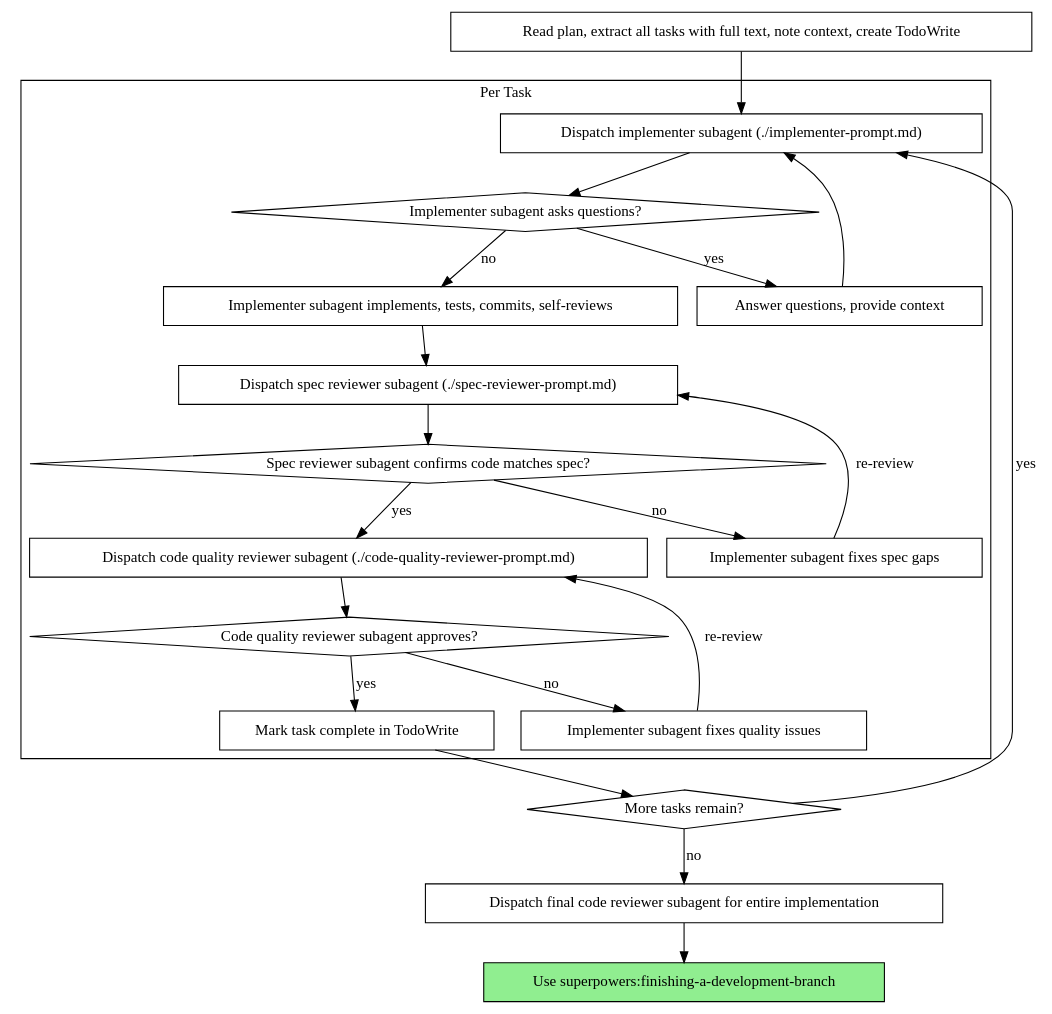
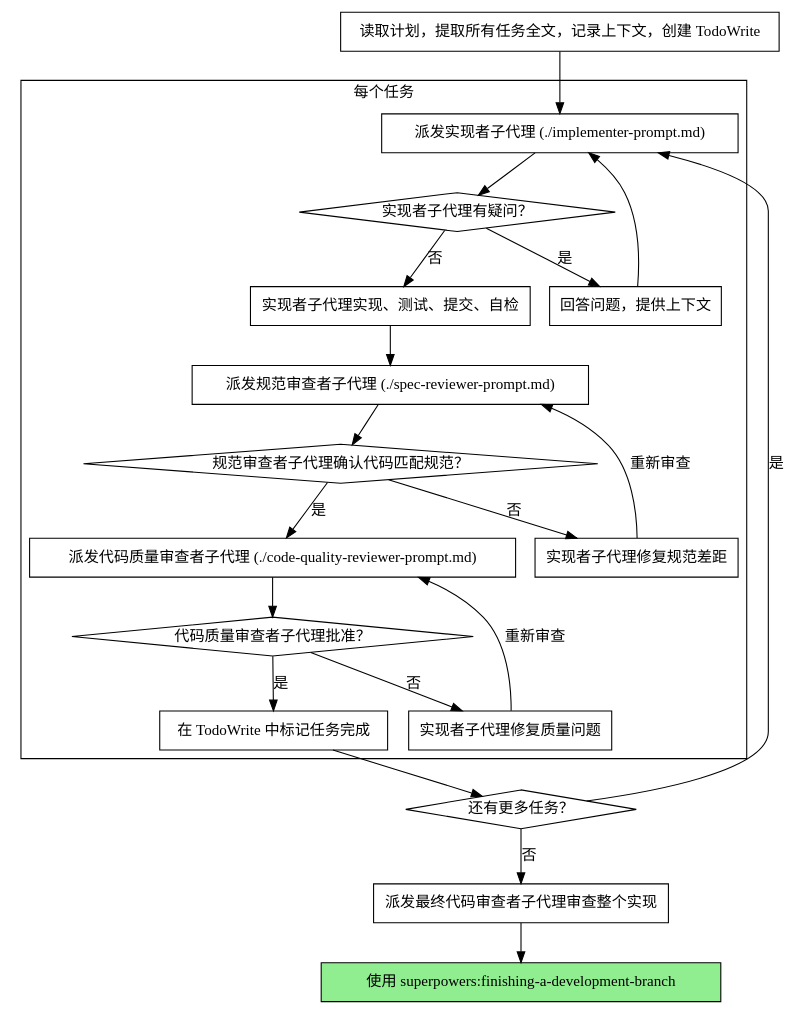
Before and after one commit to Jiraiya8/superpowers: the second of 2 diagrams in skills/subagent-driven-development/SKILL_zh.md, drawn with Graphviz. The commit also changed other lines of this file and 5 other files, not shown here.

First line of the commit message:
fix: translate digraph flowchart nodes and labels to Chinese

````diff
--- a/skills/subagent-driven-development/SKILL_zh.md
+++ b/skills/subagent-driven-development/SKILL_zh.md
@@ -42,44 +42,44 @@
 ```dot
 digraph process {
     rankdir=TB;
 
     subgraph cluster_per_task {
-        label="Per Task";
-        "Dispatch implementer subagent (./implementer-prompt.md)" [shape=box];
-        "Implementer subagent asks questions?" [shape=diamond];
-        "Answer questions, provide context" [shape=box];
-        "Implementer subagent implements, tests, commits, self-reviews" [shape=box];
-        "Dispatch spec reviewer subagent (./spec-reviewer-prompt.md)" [shape=box];
-        "Spec reviewer subagent confirms code matches spec?" [shape=diamond];
-        "Implementer subagent fixes spec gaps" [shape=box];
-        "Dispatch code quality reviewer subagent (./code-quality-reviewer-prompt.md)" [shape=box];
-        "Code quality reviewer subagent approves?" [shape=diamond];
-        "Implementer subagent fixes quality issues" [shape=box];
-        "Mark task complete in TodoWrite" [shape=box];
+        label="每个任务";
+        "派发实现者子代理 (./implementer-prompt.md)" [shape=box];
+        "实现者子代理有疑问？" [shape=diamond];
+        "回答问题，提供上下文" [shape=box];
+        "实现者子代理实现、测试、提交、自检" [shape=box];
+        "派发规范审查者子代理 (./spec-reviewer-prompt.md)" [shape=box];
+        "规范审查者子代理确认代码匹配规范？" [shape=diamond];
+        "实现者子代理修复规范差距" [shape=box];
+        "派发代码质量审查者子代理 (./code-quality-reviewer-prompt.md)" [shape=box];
+        "代码质量审查者子代理批准？" [shape=diamond];
+        "实现者子代理修复质量问题" [shape=box];
+        "在 TodoWrite 中标记任务完成" [shape=box];
     }
 
-    "Read plan, extract all tasks with full text, note context, create TodoWrite" [shape=box];
-    "More tasks remain?" [shape=diamond];
-    "Dispatch final code reviewer subagent for entire implementation" [shape=box];
-    "Use superpowers:finishing-a-development-branch" [shape=box style=filled fillcolor=lightgreen];
+    "读取计划，提取所有任务全文，记录上下文，创建 TodoWrite" [shape=box];
+    "还有更多任务？" [shape=diamond];
+    "派发最终代码审查者子代理审查整个实现" [shape=box];
+    "使用 superpowers:finishing-a-development-branch" [shape=box style=filled fillcolor=lightgreen];
 
-    "Read plan, extract all tasks with full text, note context, create TodoWrite" -> "Dispatch implementer subagent (./implementer-prompt.md)";
-    "Dispatch implementer subagent (./implementer-prompt.md)" -> "Implementer subagent asks questions?";
-    "Implementer subagent asks questions?" -> "Answer questions, provide context" [label="yes"];
-    "Answer questions, provide context" -> "Dispatch implementer subagent (./implementer-prompt.md)";
-    "Implementer subagent asks questions?" -> "Implementer subagent implements, tests, commits, self-reviews" [label="no"];
-    "Implementer subagent implements, tests, commits, self-reviews" -> "Dispatch spec reviewer subagent (./spec-reviewer-prompt.md)";
-    "Dispatch spec reviewer subagent (./spec-reviewer-prompt.md)" -> "Spec reviewer subagent confirms code matches spec?";
-    "Spec reviewer subagent confirms code matches spec?" -> "Implementer subagent fixes spec gaps" [label="no"];
-    "Implementer subagent fixes spec gaps" -> "Dispatch spec reviewer subagent (./spec-reviewer-prompt.md)" [label="re-review"];
-    "Spec reviewer subagent confirms code matches spec?" -> "Dispatch code quality reviewer subagent (./code-quality-reviewer-prompt.md)" [label="yes"];
-    "Dispatch code quality reviewer subagent (./code-quality-reviewer-prompt.md)" -> "Code quality reviewer subagent approves?";
-    "Code quality reviewer subagent approves?" -> "Implementer subagent fixes quality issues" [label="no"];
-    "Implementer subagent fixes quality issues" -> "Dispatch code quality reviewer subagent (./code-quality-reviewer-prompt.md)" [label="re-review"];
-    "Code quality reviewer subagent approves?" -> "Mark task complete in TodoWrite" [label="yes"];
-    "Mark task complete in TodoWrite" -> "More tasks remain?";
-    "More tasks remain?" -> "Dispatch implementer subagent (./implementer-prompt.md)" [label="yes"];
-    "More tasks remain?" -> "Dispatch final code reviewer subagent for entire implementation" [label="no"];
-    "Dispatch final code reviewer subagent for entire implementation" -> "Use superpowers:finishing-a-development-branch";
+    "读取计划，提取所有任务全文，记录上下文，创建 TodoWrite" -> "派发实现者子代理 (./implementer-prompt.md)";
+    "派发实现者子代理 (./implementer-prompt.md)" -> "实现者子代理有疑问？";
+    "实现者子代理有疑问？" -> "回答问题，提供上下文" [label="是"];
+    "回答问题，提供上下文" -> "派发实现者子代理 (./implementer-prompt.md)";
+    "实现者子代理有疑问？" -> "实现者子代理实现、测试、提交、自检" [label="否"];
+    "实现者子代理实现、测试、提交、自检" -> "派发规范审查者子代理 (./spec-reviewer-prompt.md)";
+    "派发规范审查者子代理 (./spec-reviewer-prompt.md)" -> "规范审查者子代理确认代码匹配规范？";
+    "规范审查者子代理确认代码匹配规范？" -> "实现者子代理修复规范差距" [label="否"];
+    "实现者子代理修复规范差距" -> "派发规范审查者子代理 (./spec-reviewer-prompt.md)" [label="重新审查"];
+    "规范审查者子代理确认代码匹配规范？" -> "派发代码质量审查者子代理 (./code-quality-reviewer-prompt.md)" [label="是"];
+    "派发代码质量审查者子代理 (./code-quality-reviewer-prompt.md)" -> "代码质量审查者子代理批准？";
+    "代码质量审查者子代理批准？" -> "实现者子代理修复质量问题" [label="否"];
+    "实现者子代理修复质量问题" -> "派发代码质量审查者子代理 (./code-quality-reviewer-prompt.md)" [label="重新审查"];
+    "代码质量审查者子代理批准？" -> "在 TodoWrite 中标记任务完成" [label="是"];
+    "在 TodoWrite 中标记任务完成" -> "还有更多任务？";
+    "还有更多任务？" -> "派发实现者子代理 (./implementer-prompt.md)" [label="是"];
+    "还有更多任务？" -> "派发最终代码审查者子代理审查整个实现" [label="否"];
+    "派发最终代码审查者子代理审查整个实现" -> "使用 superpowers:finishing-a-development-branch";
 }
 ```
````
